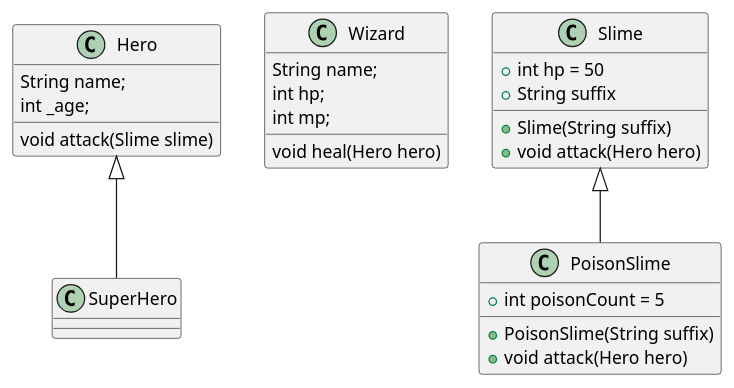
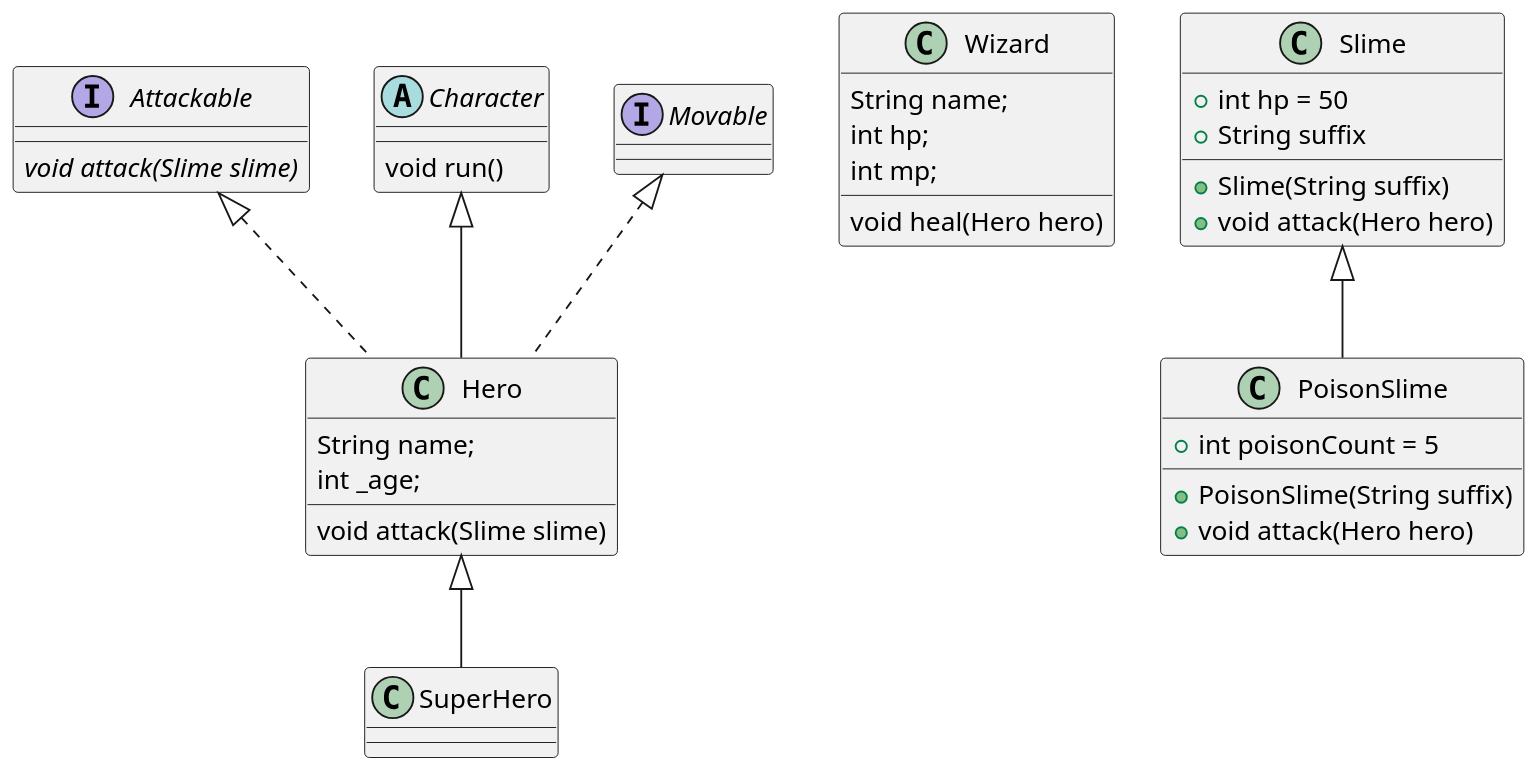
The diagram in lib/2025-03-18/game.puml (SurvivalCodingCampus/modu-3-dart-study), drawn with PlantUML before and after one commit. The commit also changed 4 other files, not shown here.

```diff
--- a/lib/2025-03-18/game.puml
+++ b/lib/2025-03-18/game.puml
@@ -1,34 +1,45 @@
 @startuml
-class Hero {
+
+scale 1.5
+
+interface Attackable {
+    {abstract} void attack(Slime slime)
+}
+
+abstract class Character {
+    void run()
+}
+
+class Hero extends Character implements Attackable, Movable {
   String name;
   int _age;
 
   void attack(Slime slime)
 }
 
 class SuperHero extends Hero {
 }
 
 class Wizard {
     String name;
     int hp;
     int mp;
 
     void heal(Hero hero)
 }
 
 class Slime {
   + int hp = 50
   + String suffix
   + Slime(String suffix)
   + void attack(Hero hero)
 }
 
 class PoisonSlime {
   + int poisonCount = 5
   + PoisonSlime(String suffix)
   + void attack(Hero hero)
 }
 
 Slime <|-- PoisonSlime
 @enduml
```
